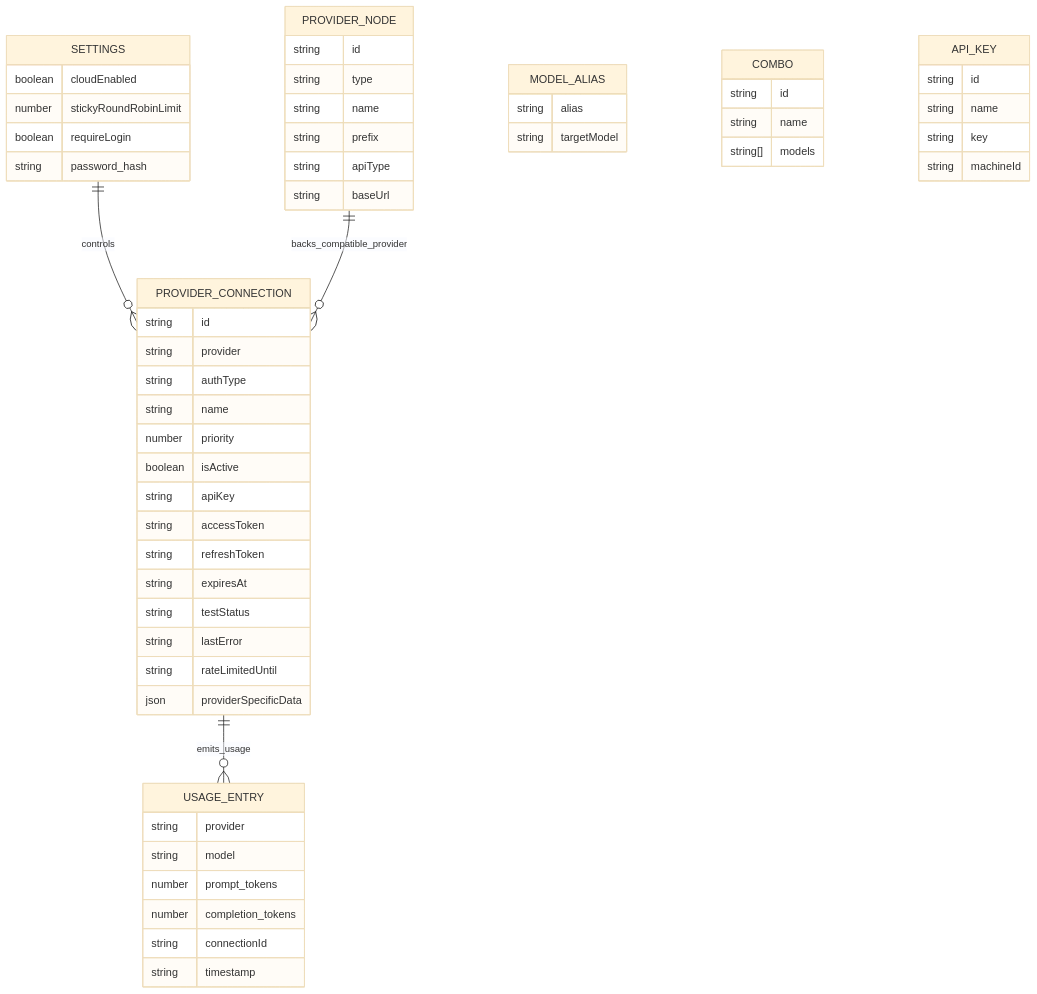
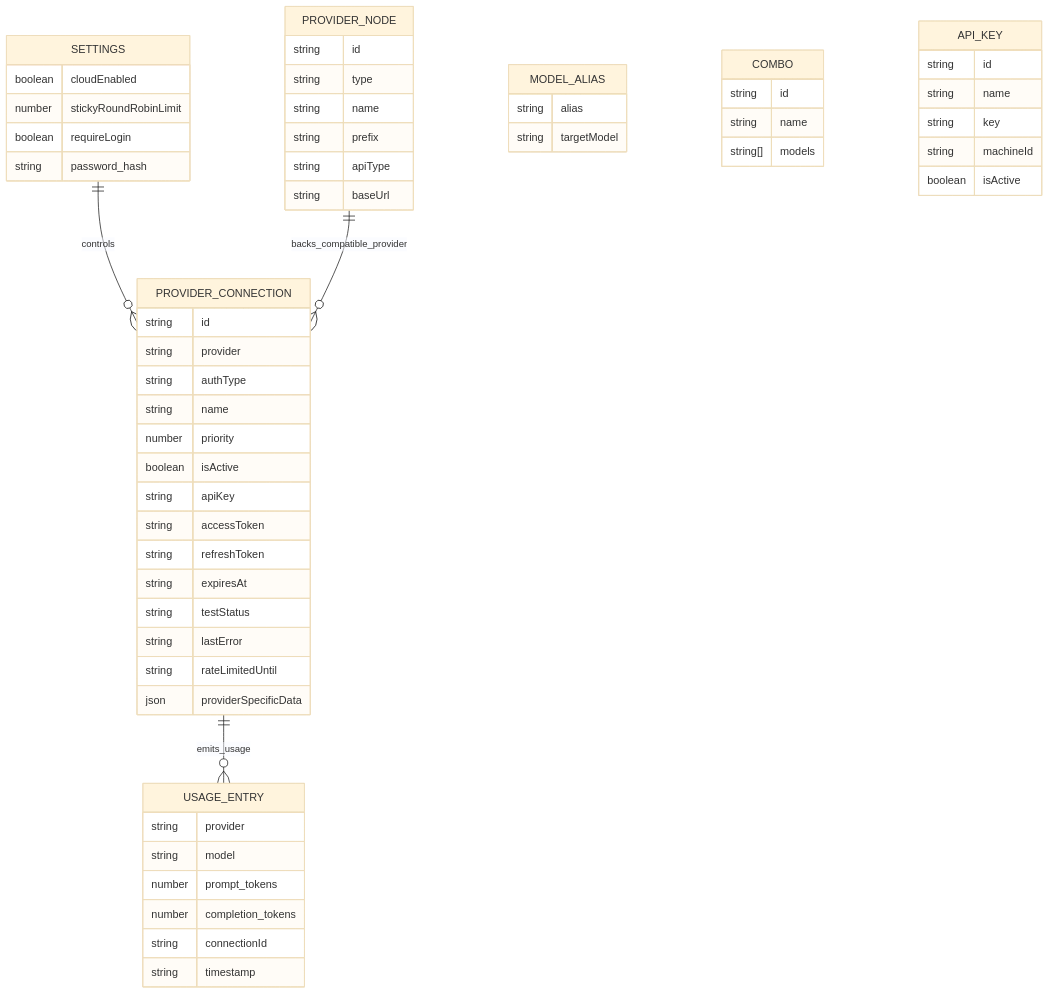
Before and after one commit to lazuardytech/9router: the sixth of 7 diagrams in docs/ARCHITECTURE.md, drawn with Mermaid (base theme). The commit also changed 3 other files, not shown here.

````diff
--- a/docs/ARCHITECTURE.md
+++ b/docs/ARCHITECTURE.md
@@ -310,66 +310,67 @@
 ```mermaid
 erDiagram
     SETTINGS ||--o{ PROVIDER_CONNECTION : controls
     PROVIDER_NODE ||--o{ PROVIDER_CONNECTION : backs_compatible_provider
     PROVIDER_CONNECTION ||--o{ USAGE_ENTRY : emits_usage
 
     SETTINGS {
       boolean cloudEnabled
       number stickyRoundRobinLimit
       boolean requireLogin
       string password_hash
     }
 
     PROVIDER_CONNECTION {
       string id
       string provider
       string authType
       string name
       number priority
       boolean isActive
       string apiKey
       string accessToken
       string refreshToken
       string expiresAt
       string testStatus
       string lastError
       string rateLimitedUntil
       json providerSpecificData
     }
 
     PROVIDER_NODE {
       string id
       string type
       string name
       string prefix
       string apiType
       string baseUrl
     }
 
     MODEL_ALIAS {
       string alias
       string targetModel
     }
 
     COMBO {
       string id
       string name
       string[] models
     }
 
     API_KEY {
       string id
       string name
       string key
       string machineId
+      boolean isActive
     }
 
     USAGE_ENTRY {
       string provider
       string model
       number prompt_tokens
       number completion_tokens
       string connectionId
       string timestamp
     }
 ```
````
